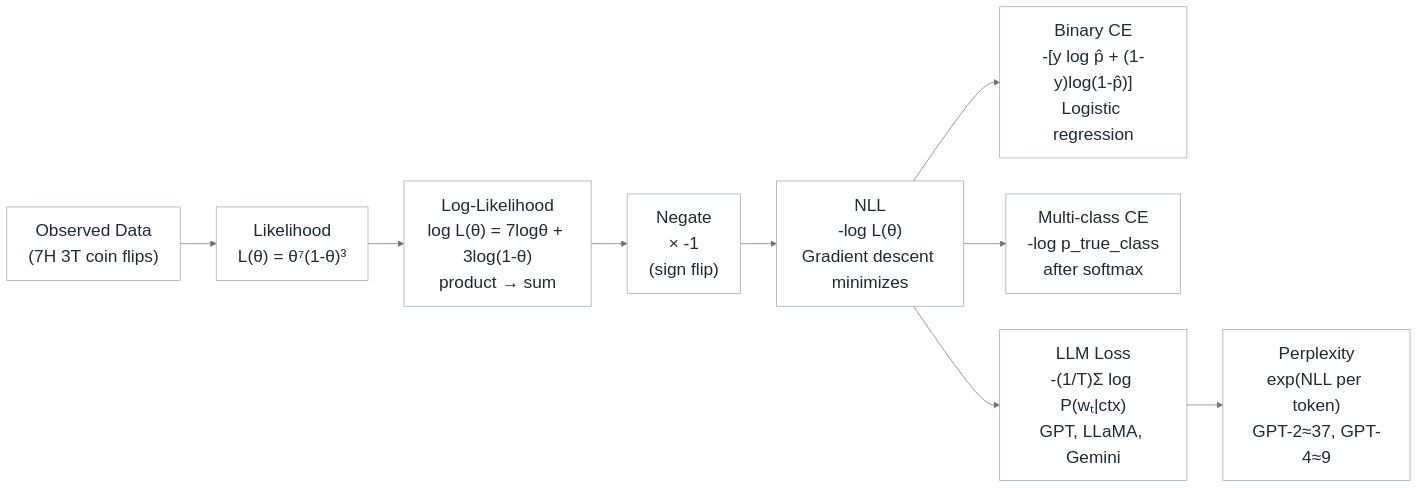
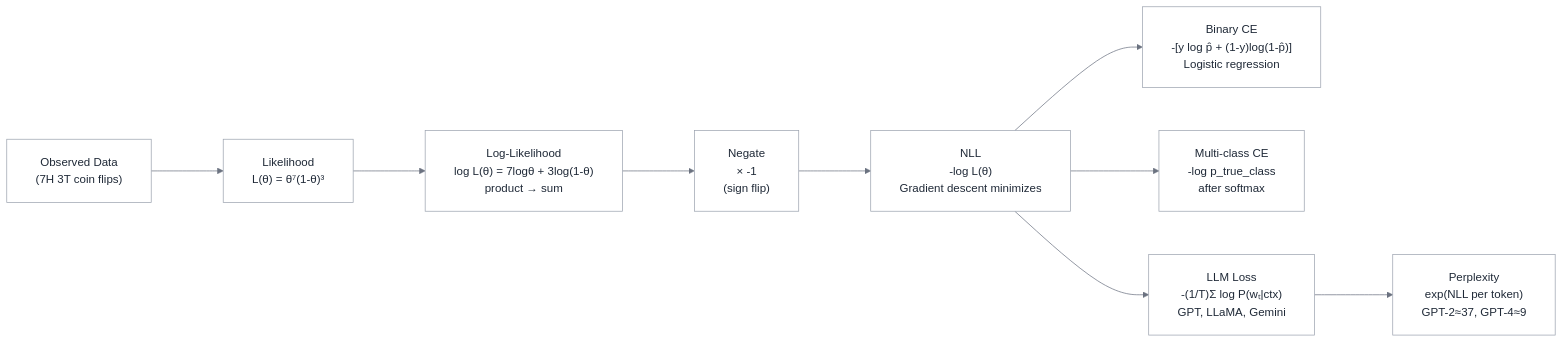
The diagram in _posts/2026/2026-02-26-cross-entropy-likelihood.md (saraswatmks/saraswatmks.github.com), drawn with Mermaid before and after one commit. The commit also changed other lines of this file, not shown here.

Commit message:
fix quote v6

````diff
--- a/_posts/2026/2026-02-26-cross-entropy-likelihood.md
+++ b/_posts/2026/2026-02-26-cross-entropy-likelihood.md
@@ -246,23 +247,30 @@
-```mermaid
+<div class="mermaid">
 %%{init: {
   'theme': 'base',
   'themeVariables': {
     'primaryColor': '#FFFFFF',
     'primaryTextColor': '#1F2937',
     'primaryBorderColor': '#9CA3AF',
     'lineColor': '#6B7280',
-    'fontSize': '24px',
+    'fontSize': '16px',
     'fontFamily': 'system-ui, -apple-system, sans-serif'
+  },
+  'flowchart': {
+    'nodeSpacing': 60,
+    'rankSpacing': 100,
+    'padding': 20,
+    'useMaxWidth': true,
+    'htmlLabels': true
   }
 }}%%
 
 flowchart LR
-    A["Observed Data\n(7H 3T coin flips)"] --> B["Likelihood\nL(θ) = θ⁷(1-θ)³"]
-    B --> C["Log-Likelihood\nlog L(θ) = 7logθ + 3log(1-θ)\nproduct → sum"]
-    C --> D["Negate\n× -1\n(sign flip)"]
-    D --> E["NLL\n-log L(θ)\nGradient descent minimizes"]
-    E --> F1["Binary CE\n-[y log p̂ + (1-y)log(1-p̂)]\nLogistic regression"]
-    E --> F2["Multi-class CE\n-log p_true_class\nafter softmax"]
-    E --> F3["LLM Loss\n-(1/T)Σ log P(wₜ|ctx)\nGPT, LLaMA, Gemini"]
-    F3 --> G["Perplexity\nexp(NLL per token)\nGPT-2≈37, GPT-4≈9"]
-```
+    A["Observed Data<br/>(7H 3T coin flips)"] --> B["Likelihood<br/>L(θ) = θ⁷(1-θ)³"]
+    B --> C["Log-Likelihood<br/>log L(θ) = 7logθ + 3log(1-θ)<br/>product → sum"]
+    C --> D["Negate<br/>× -1<br/>(sign flip)"]
+    D --> E["NLL<br/>-log L(θ)<br/>Gradient descent minimizes"]
+    E --> F1["Binary CE<br/>-[y log p̂ + (1-y)log(1-p̂)]<br/>Logistic regression"]
+    E --> F2["Multi-class CE<br/>-log p_true_class<br/>after softmax"]
+    E --> F3["LLM Loss<br/>-(1/T)Σ log P(wₜ|ctx)<br/>GPT, LLaMA, Gemini"]
+    F3 --> G["Perplexity<br/>exp(NLL per token)<br/>GPT-2≈37, GPT-4≈9"]
+</div>
````
